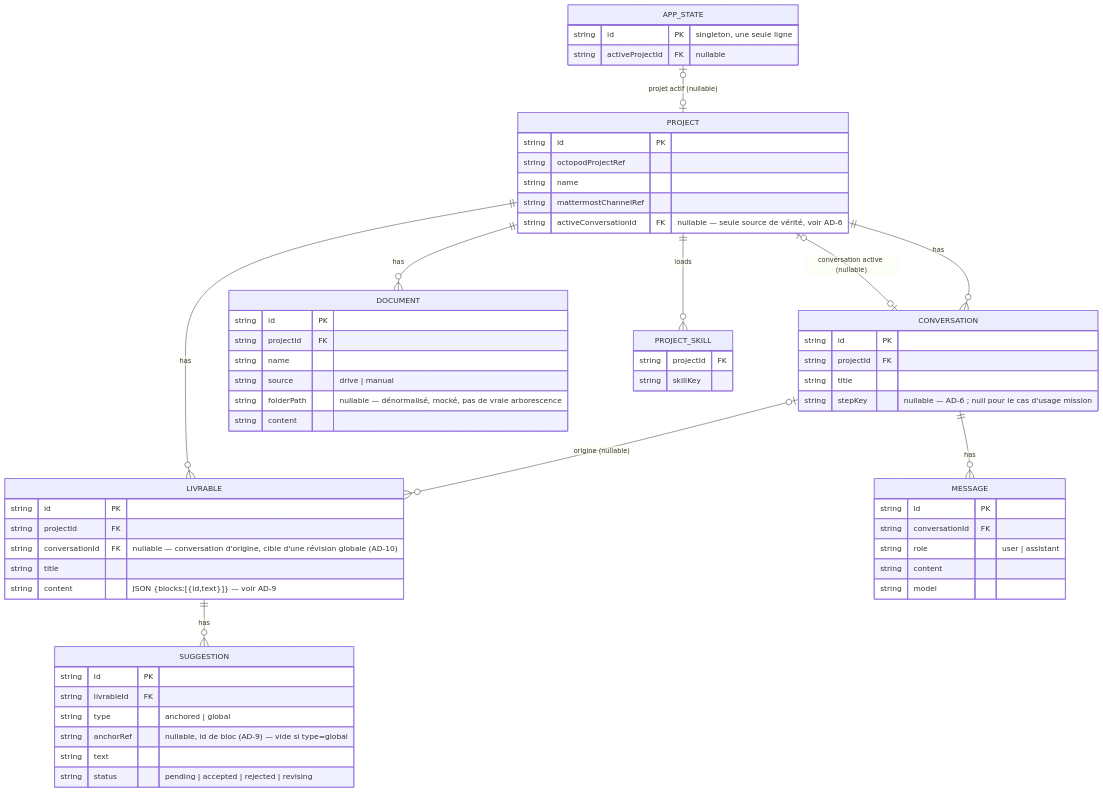
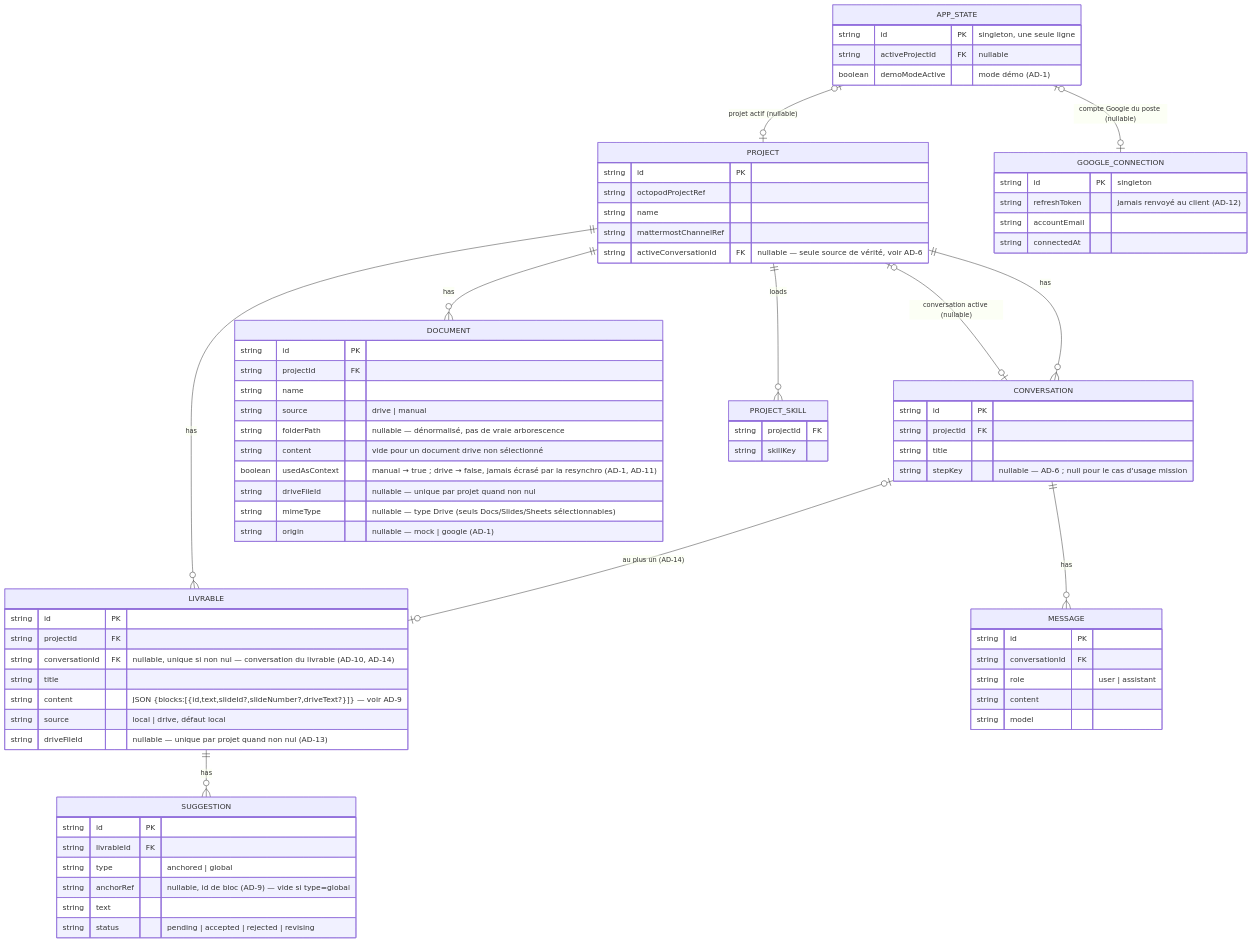
The second of 2 diagrams in _bmad-output/planning-artifacts/architecture/architecture-GenAI4Consulting-2026-09-11/ARCHITECTURE-SPINE.md (gtriffault-6475/GenAIUIforConsulting), drawn with Mermaid before and after one commit. The commit also changed other lines of this file and 12 other files, not shown here.

Commit message:
docs: plan the real Google Drive integration (change proposal, PRD, architecture)

````diff
--- a/_bmad-output/planning-artifacts/architecture/architecture-GenAI4Consulting-2026-09-11/ARCHITECTURE-SPINE.md
+++ b/_bmad-output/planning-artifacts/architecture/architecture-GenAI4Consulting-2026-09-11/ARCHITECTURE-SPINE.md
@@ -129,64 +160,78 @@
 ```mermaid
 erDiagram
   APP_STATE |o--o| PROJECT : "projet actif (nullable)"
   PROJECT |o--o| CONVERSATION : "conversation active (nullable)"
   PROJECT ||--o{ CONVERSATION : has
   PROJECT ||--o{ LIVRABLE : has
   PROJECT ||--o{ DOCUMENT : has
   PROJECT ||--o{ PROJECT_SKILL : loads
+  APP_STATE |o--o| GOOGLE_CONNECTION : "compte Google du poste (nullable)"
   CONVERSATION ||--o{ MESSAGE : has
-  CONVERSATION |o--o{ LIVRABLE : "origine (nullable)"
+  CONVERSATION |o--o| LIVRABLE : "au plus un (AD-14)"
   LIVRABLE ||--o{ SUGGESTION : has
 
   APP_STATE {
     string id PK "singleton, une seule ligne"
     string activeProjectId FK "nullable"
+    boolean demoModeActive "mode démo (AD-1)"
   }
   PROJECT {
     string id PK
     string octopodProjectRef
     string name
     string mattermostChannelRef
     string activeConversationId FK "nullable — seule source de vérité, voir AD-6"
   }
   CONVERSATION {
     string id PK
     string projectId FK
     string title
     string stepKey "nullable — AD-6 ; null pour le cas d'usage mission"
   }
   MESSAGE {
     string id PK
     string conversationId FK
     string role "user | assistant"
     string content
     string model
   }
   DOCUMENT {
     string id PK
     string projectId FK
     string name
     string source "drive | manual"
-    string folderPath "nullable — dénormalisé, mocké, pas de vraie arborescence"
-    string content
+    string folderPath "nullable — dénormalisé, pas de vraie arborescence"
+    string content "vide pour un document drive non sélectionné"
+    boolean usedAsContext "manual → true ; drive → false, jamais écrasé par la resynchro (AD-1, AD-11)"
+    string driveFileId "nullable — unique par projet quand non nul"
+    string mimeType "nullable — type Drive (seuls Docs/Slides/Sheets sélectionnables)"
+    string origin "nullable — mock | google (AD-1)"
   }
   PROJECT_SKILL {
     string projectId FK
     string skillKey
   }
   LIVRABLE {
     string id PK
     string projectId FK
-    string conversationId FK "nullable — conversation d'origine, cible d'une révision globale (AD-10)"
+    string conversationId FK "nullable, unique si non nul — conversation du livrable (AD-10, AD-14)"
     string title
-    string content "JSON {blocks:[{id,text}]} — voir AD-9"
+    string content "JSON {blocks:[{id,text,slideId?,slideNumber?,driveText?}]} — voir AD-9"
+    string source "local | drive, défaut local"
+    string driveFileId "nullable — unique par projet quand non nul (AD-13)"
+  }
+  GOOGLE_CONNECTION {
+    string id PK "singleton"
+    string refreshToken "jamais renvoyé au client (AD-12)"
+    string accountEmail
+    string connectedAt
   }
   SUGGESTION {
     string id PK
     string livrableId FK
     string type "anchored | global"
     string anchorRef "nullable, id de bloc (AD-9) — vide si type=global"
     string text
     string status "pending | accepted | rejected | revising"
   }
 ```
````
